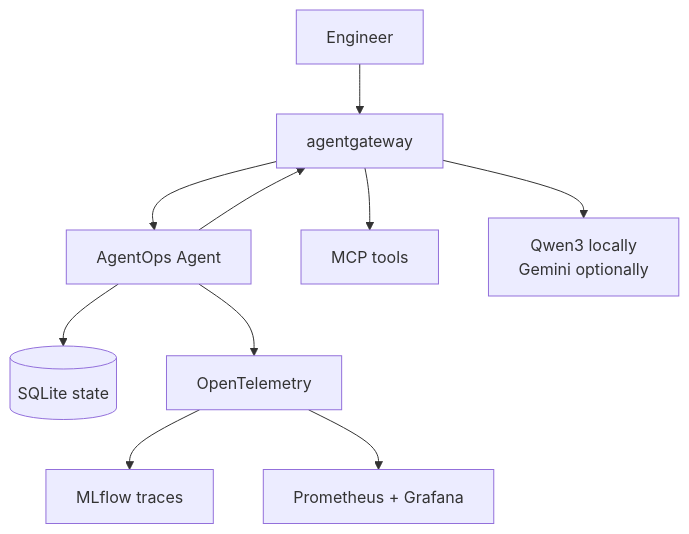
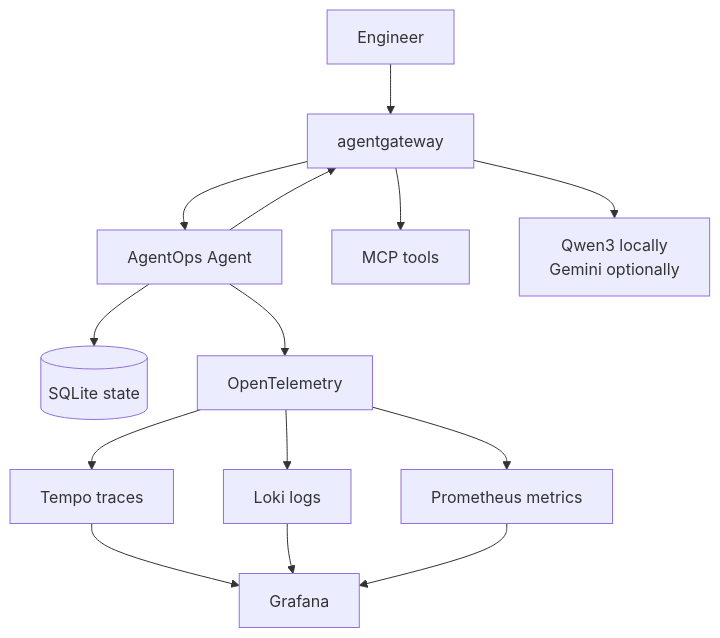
The first of 2 diagrams in content/_index.md (LuiGGi629/agentops-open-course), drawn with Mermaid before and after one commit. The commit also changed other lines of this file and 88 other files, not shown here.

First line of the commit message:
refactor: send traces to Tempo and take MLflow out of the online path

````diff
--- a/content/_index.md
+++ b/content/_index.md
@@ -66,12 +66,16 @@
 ```mermaid
 flowchart TD
     User[Engineer] --> Gateway[agentgateway]
     Agent[AgentOps Agent] --> Gateway
     Gateway --> MCP[MCP tools]
     Gateway --> Model[Qwen3 locally<br/>Gemini optionally]
     Gateway --> Agent
     Agent --> State[(SQLite state)]
     Agent --> OTel[OpenTelemetry]
-    OTel --> MLflow[MLflow traces]
-    OTel --> Metrics[Prometheus + Grafana]
+    OTel --> Tempo[Tempo traces]
+    OTel --> Loki[Loki logs]
+    OTel --> Metrics[Prometheus metrics]
+    Tempo --> Grafana
+    Loki --> Grafana
+    Metrics --> Grafana
 ```
````
